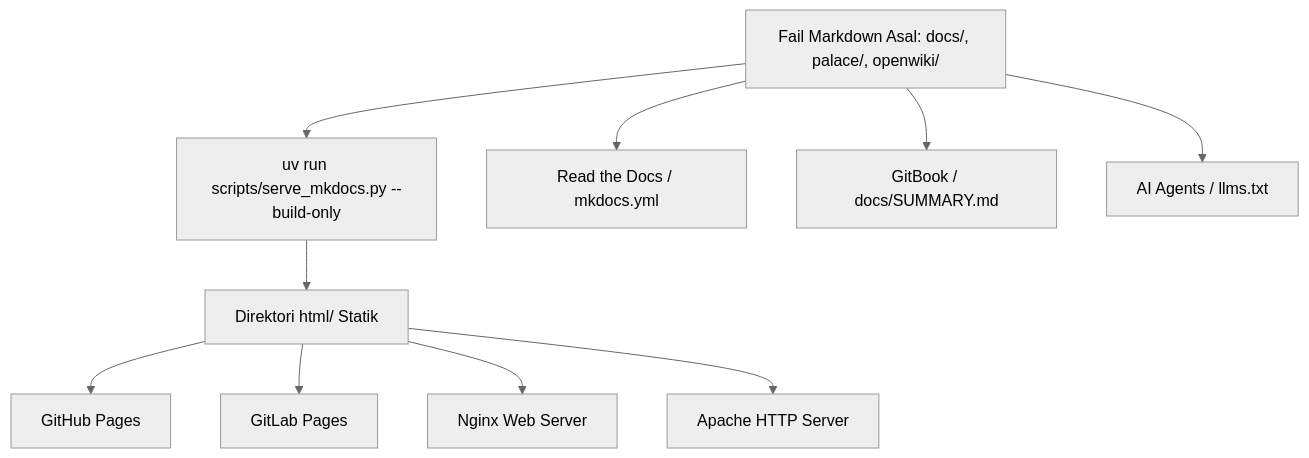
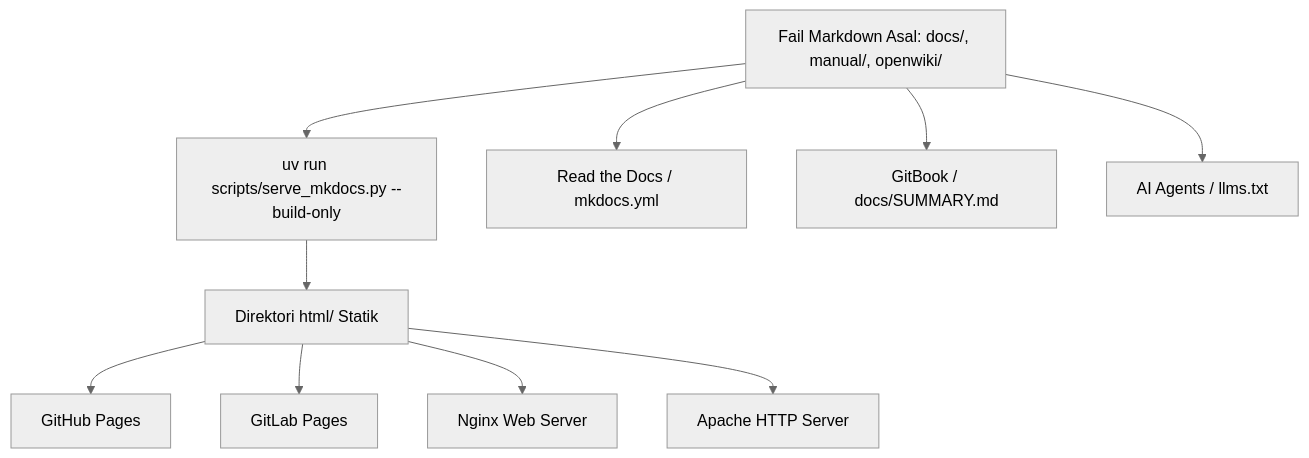
One commit to linuxmalaysia/all-my-notes-as-linux-sysadmin changed the diagram in docs/explanation/diataxis-architecture.md. Above: the diagram before and after it, drawn with Mermaid (neutral theme). The commit also changed other lines of this file and 387 other files, not shown here.

Commit message:
feat(dsom): major architecture refactor - migrate syllabus manual to manual/ and rebuild spatial memory palace in .agents/brain/wings

````diff
--- a/docs/explanation/diataxis-architecture.md
+++ b/docs/explanation/diataxis-architecture.md
@@ -72,12 +72,12 @@
 ```mermaid
 graph TD
-    MD[Fail Markdown Asal: docs/, palace/, openwiki/] --> BUILD[uv run scripts/serve_mkdocs.py --build-only]
+    MD[Fail Markdown Asal: docs/, manual/, openwiki/] --> BUILD[uv run scripts/serve_mkdocs.py --build-only]
     BUILD --> HTML[Direktori html/ Statik]
     HTML --> GHP[GitHub Pages]
     HTML --> GLP[GitLab Pages]
     HTML --> NGINX[Nginx Web Server]
     HTML --> APACHE[Apache HTTP Server]
     MD --> RTD[Read the Docs / mkdocs.yml]
     MD --> GB[GitBook / docs/SUMMARY.md]
     MD --> AI[AI Agents / llms.txt]
 ```
````
